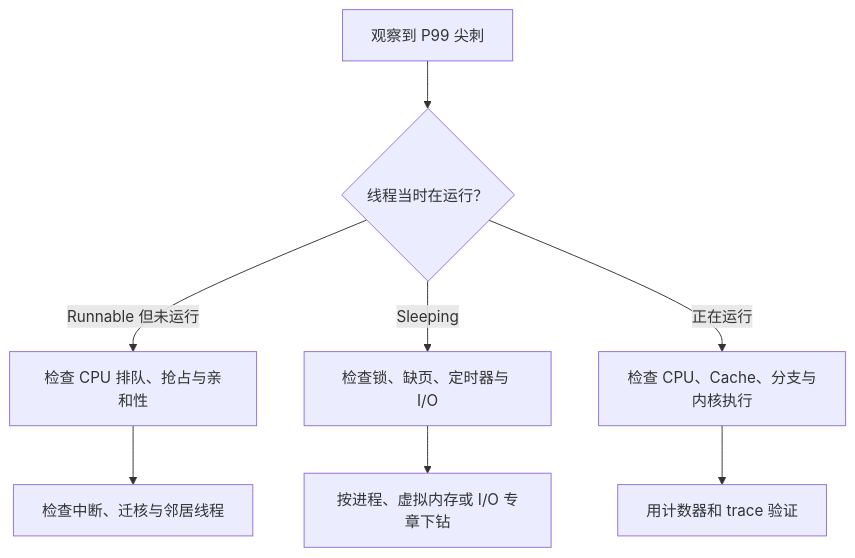
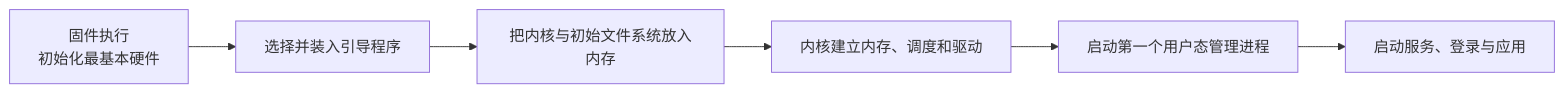
Before and after one commit to xizheyin/hft-book-rs: the first of 2 diagrams in books/rust-hft/src/foundations/os_internals.md, drawn with Mermaid. The commit also changed other lines of this file and 207 other files, not shown here.

````diff
--- a/books/rust-hft/src/foundations/os_internals.md
+++ b/books/rust-hft/src/foundations/os_internals.md
@@ -18,10 +36,8 @@
 ```mermaid
-flowchart TD
-    S["观察到 P99 尖刺"] --> R{"线程当时在运行？"}
-    R -->|"Runnable 但未运行"| Q["检查 CPU 排队、抢占与亲和性"]
-    R -->|"Sleeping"| W["检查锁、缺页、定时器与 I/O"]
-    R -->|"正在运行"| C["检查 CPU、Cache、分支与内核执行"]
-    Q --> I["检查中断、迁核与邻居线程"]
-    W --> M["按进程、虚拟内存或 I/O 专章下钻"]
-    C --> E["用计数器和 trace 验证"]
+flowchart LR
+    A["固件执行<br/>初始化最基本硬件"] --> B["选择并装入引导程序"]
+    B --> C["把内核与初始文件系统放入内存"]
+    C --> D["内核建立内存、调度和驱动"]
+    D --> E["启动第一个用户态管理进程"]
+    E --> F["启动服务、登录与应用"]
 ```
````
